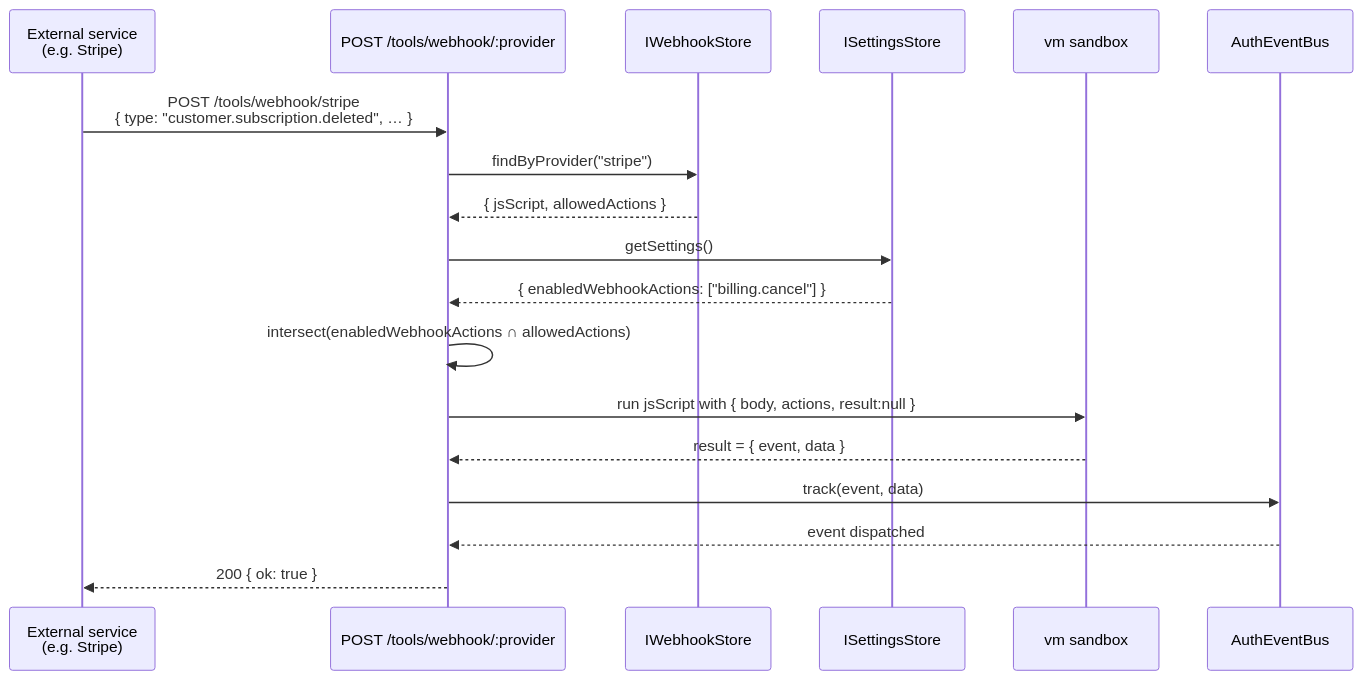
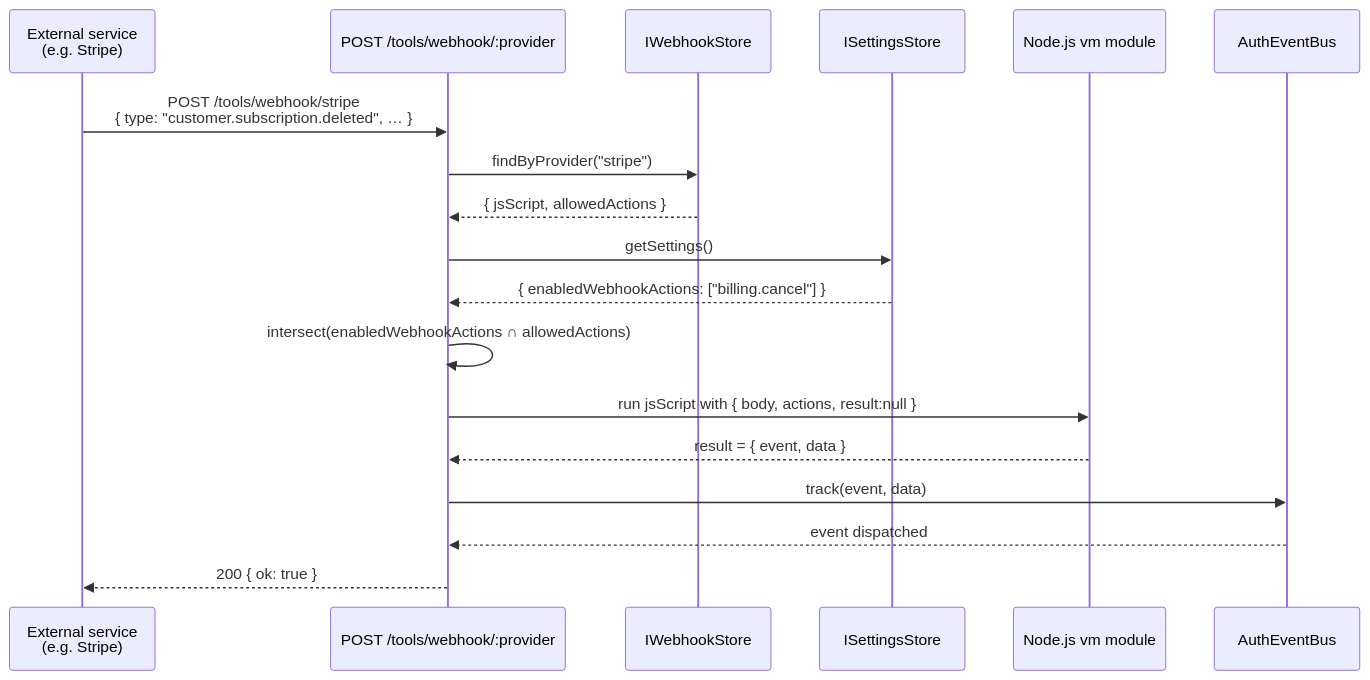
Before and after one commit to awesome-lang-auth/awesome-lang-auth: the third of 3 diagrams in docs/advanced/admin.md, drawn with Mermaid. The commit also changed other lines of this file and 53 other files, not shown here.

````diff
--- a/docs/advanced/admin.md
+++ b/docs/advanced/admin.md
@@ -350,21 +354,21 @@
 ```mermaid
 sequenceDiagram
     participant Ext as External service<br/>(e.g. Stripe)
     participant Router as POST /tools/webhook/:provider
     participant Store as IWebhookStore
     participant Settings as ISettingsStore
-    participant VM as vm sandbox
+    participant VM as Node.js vm module
     participant Bus as AuthEventBus
 
     Ext->>Router: POST /tools/webhook/stripe<br/>{ type: "customer.subscription.deleted", … }
     Router->>Store: findByProvider("stripe")
     Store-->>Router: { jsScript, allowedActions }
     Router->>Settings: getSettings()
     Settings-->>Router: { enabledWebhookActions: ["billing.cancel"] }
     Router->>Router: intersect(enabledWebhookActions ∩ allowedActions)
     Router->>VM: run jsScript with { body, actions, result:null }
     VM-->>Router: result = { event, data }
     Router->>Bus: track(event, data)
     Bus-->>Router: event dispatched
     Router-->>Ext: 200 { ok: true }
 ```
````
